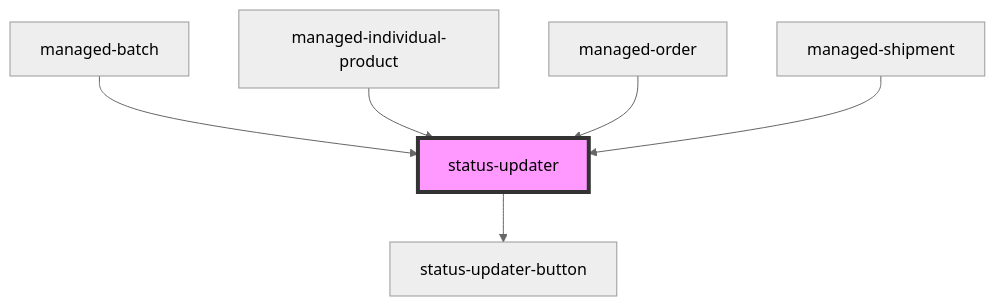
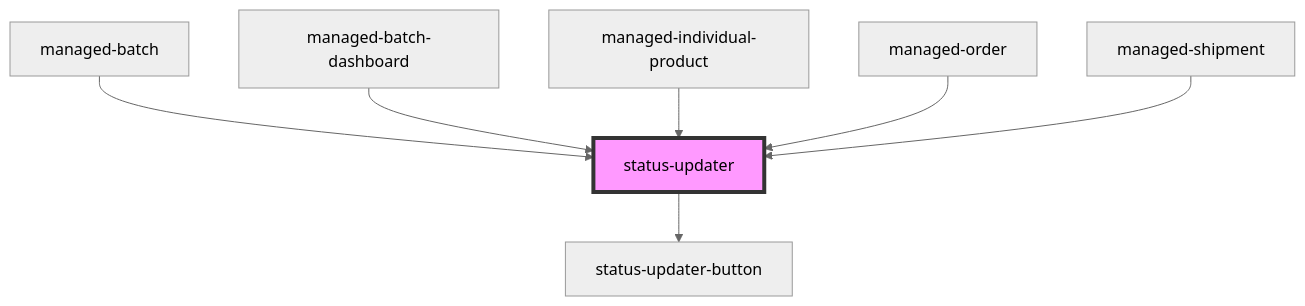
The diagram in pdm-web-components/src/components/status-updater/readme.md (PharmaLedger-IMI/fgt-workspace), drawn with Mermaid (neutral theme) before and after one commit. The commit also changed other lines of this file and 12 other files, not shown here.

````diff
--- a/pdm-web-components/src/components/status-updater/readme.md
+++ b/pdm-web-components/src/components/status-updater/readme.md
@@ -41,9 +42,10 @@
 ```mermaid
 graph TD;
   status-updater --> status-updater-button
   managed-batch --> status-updater
+  managed-batch-dashboard --> status-updater
   managed-individual-product --> status-updater
   managed-order --> status-updater
   managed-shipment --> status-updater
   style status-updater fill:#f9f,stroke:#333,stroke-width:4px
 ```
````
